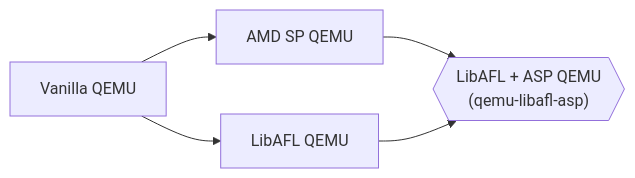
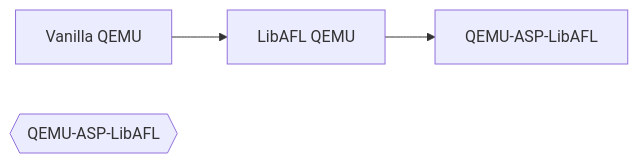
One commit to PSPReverse/qemu-psp changed the diagram in README.md. Above: the diagram before and after it, drawn with Mermaid. The commit also changed other lines of this file and 1 other file, not shown here.

````diff
--- a/README.md
+++ b/README.md
@@ -5,13 +7,9 @@
 ```mermaid
 flowchart LR;
 
 VanillaQemu["Vanilla QEMU"];
-ASPQemu["AMD SP QEMU"];
 LibAFLQemu["LibAFL QEMU"];
-LibAFLPSPQemu{{"LibAFL + ASP QEMU\n(qemu-libafl-asp)"}};
+LibAFLPSPQemu{{"QEMU-ASP-LibAFL"}};
 
-VanillaQemu --> ASPQemu;
-ASPQemu --> LibAFLPSPQemu;
-VanillaQemu --> LibAFLQemu;
-LibAFLQemu --> LibAFLPSPQemu;
+VanillaQemu --> LibAFLQemu --> QEMU-ASP-LibAFL;
 ```
````
